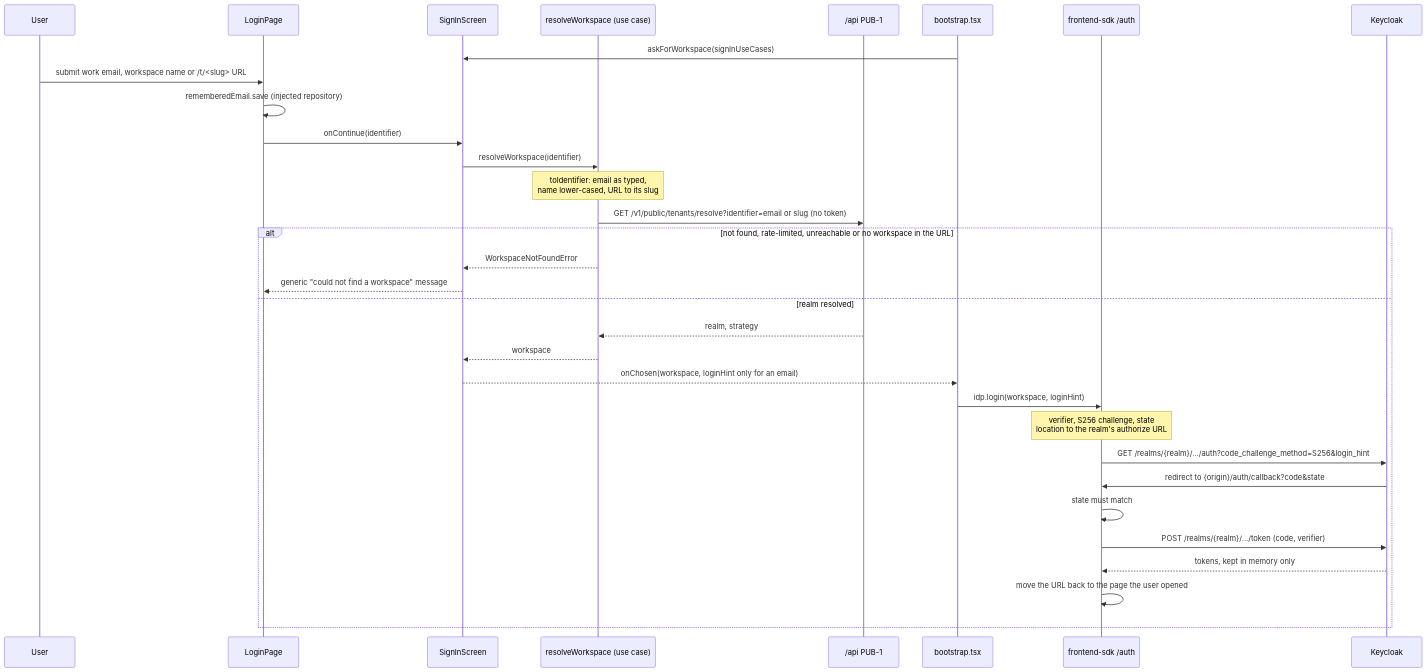
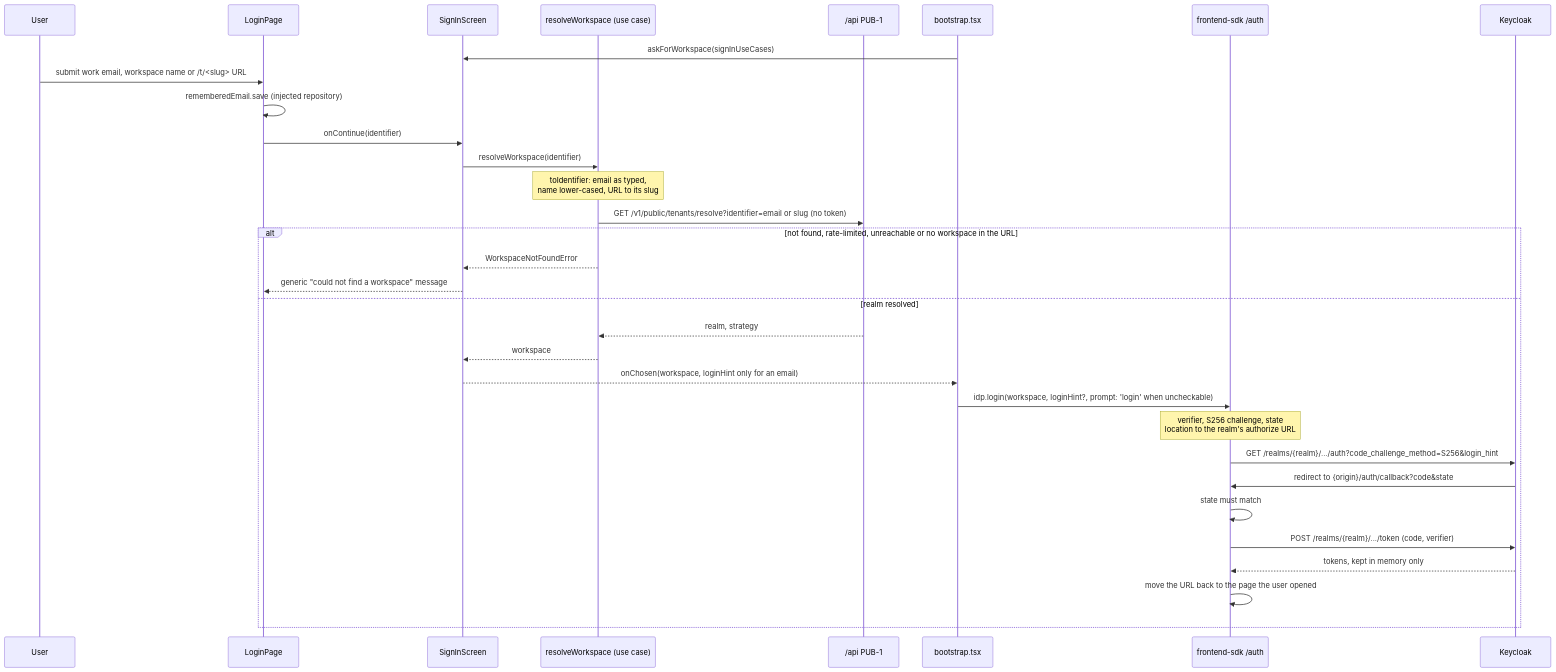
The fourth of 11 diagrams in ARCHITECTURE.md (BCBP-SOLUTIONS-FZC-LLC/web-shell), drawn with Mermaid before and after one commit. The commit also changed other lines of this file and 42 other files, not shown here.

````diff
--- a/ARCHITECTURE.md
+++ b/ARCHITECTURE.md
@@ -296,35 +303,35 @@
 ```mermaid
 sequenceDiagram
     participant User
     participant Login as LoginPage
     participant Screens as SignInScreen
     participant UC as resolveWorkspace (use case)
     participant IAM as /api PUB-1
     participant Boot as bootstrap.tsx
     participant SDK as frontend-sdk /auth
     participant KC as Keycloak
 
     Boot->>Screens: askForWorkspace(signInUseCases)
     User->>Login: submit work email, workspace name or /t/<slug> URL
     Login->>Login: rememberedEmail.save (injected repository)
     Login->>Screens: onContinue(identifier)
     Screens->>UC: resolveWorkspace(identifier)
     Note over UC: toIdentifier: email as typed,<br/>name lower-cased, URL to its slug
     UC->>IAM: GET /v1/public/tenants/resolve?identifier=email or slug (no token)
     alt not found, rate-limited, unreachable or no workspace in the URL
         UC-->>Screens: WorkspaceNotFoundError
         Screens-->>Login: generic "could not find a workspace" message
     else realm resolved
         IAM-->>UC: realm, strategy
         UC-->>Screens: workspace
         Screens-->>Boot: onChosen(workspace, loginHint only for an email)
-        Boot->>SDK: idp.login(workspace, loginHint)
+        Boot->>SDK: idp.login(workspace, loginHint?, prompt: 'login' when uncheckable)
         Note over SDK: verifier, S256 challenge, state<br/>location to the realm's authorize URL
         SDK->>KC: GET /realms/{realm}/.../auth?code_challenge_method=S256&login_hint
         KC->>SDK: redirect to {origin}/auth/callback?code&state
         SDK->>SDK: state must match
         SDK->>KC: POST /realms/{realm}/.../token (code, verifier)
         KC-->>SDK: tokens, kept in memory only
         SDK->>SDK: move the URL back to the page the user opened
     end
 ```
````
